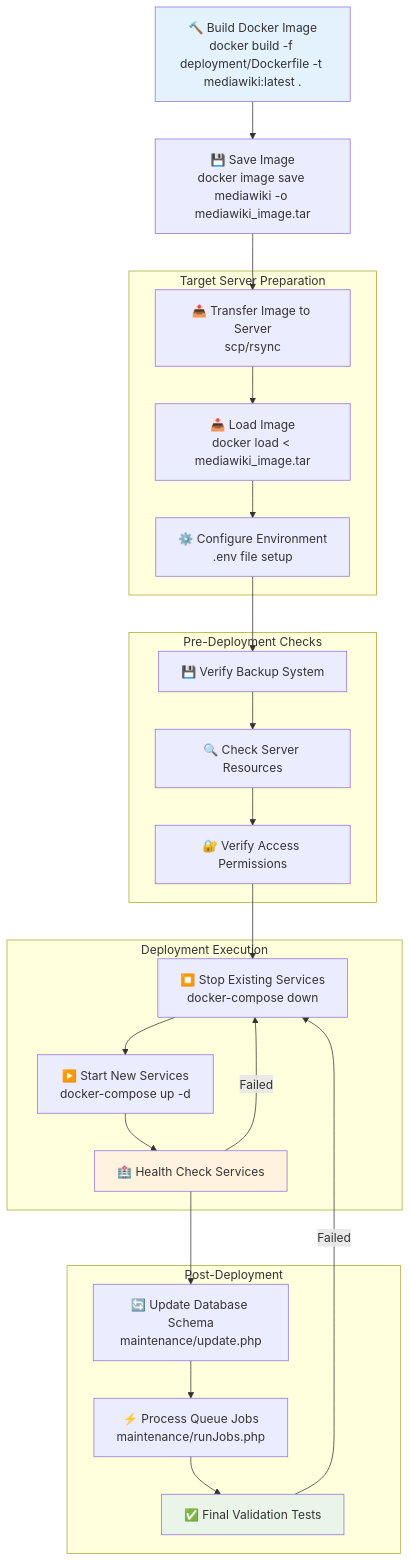
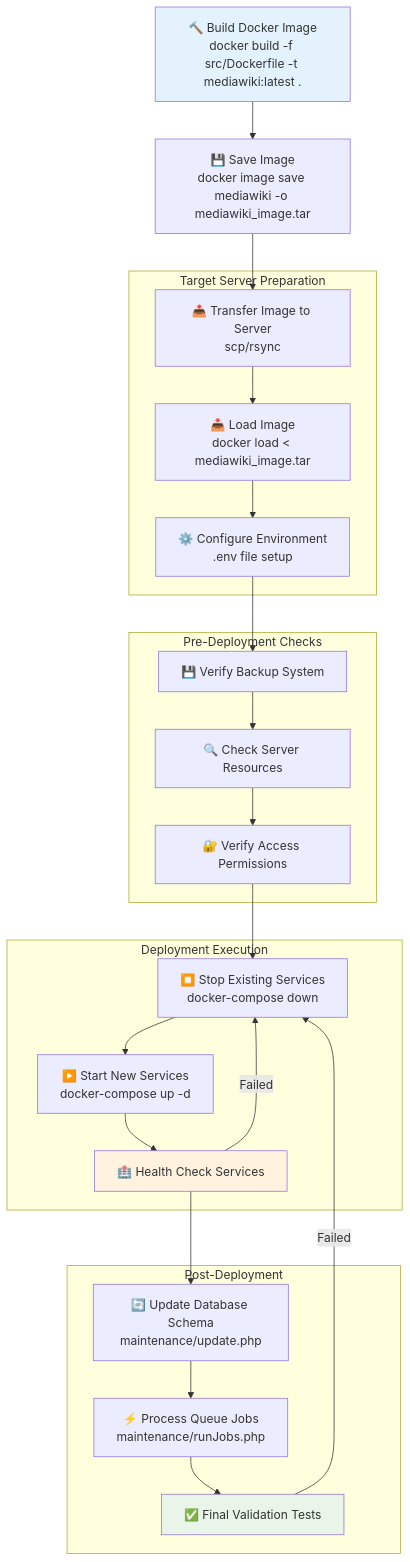
The fourth of 11 diagrams in src/DEPLOYMENT.qmd (maehr/Sexueller-Missbrauch-im-Umfeld-der-katholischen-Kirche-in-der-Schweiz), drawn with Mermaid before and after one commit. The commit also changed other lines of this file and 10 other files, not shown here.

Commit message:
docs: Add a detailed development timeline and refactor the evolution document to reference dedicated configuration and deployment files.

````diff
--- a/src/DEPLOYMENT.qmd
+++ b/src/DEPLOYMENT.qmd
@@ -181,53 +181,53 @@
 ```{mermaid}
 flowchart TD
-    PrepImage[🔨 Build Docker Image<br/>docker build -f deployment/Dockerfile -t mediawiki:latest .]
+    PrepImage[🔨 Build Docker Image<br/>docker build -f src/Dockerfile -t mediawiki:latest .]
     SaveImage[💾 Save Image<br/>docker image save mediawiki -o mediawiki_image.tar]
 
     subgraph "Target Server Preparation"
         TransferImage[📤 Transfer Image to Server<br/>scp/rsync]
         LoadImage[📥 Load Image<br/>docker load < mediawiki_image.tar]
         EnvConfig[⚙️ Configure Environment<br/>.env file setup]
     end
 
     subgraph "Pre-Deployment Checks"
         BackupCheck[💾 Verify Backup System]
         ResourceCheck[🔍 Check Server Resources]
         AccessCheck[🔐 Verify Access Permissions]
     end
 
     subgraph "Deployment Execution"
         StopServices[⏹️ Stop Existing Services<br/>docker-compose down]
         StartServices[▶️ Start New Services<br/>docker-compose up -d]
         HealthCheck[🏥 Health Check Services]
     end
 
     subgraph "Post-Deployment"
         SchemaUpdate[🔄 Update Database Schema<br/>maintenance/update.php]
         QueueJobs[⚡ Process Queue Jobs<br/>maintenance/runJobs.php]
         FinalTest[✅ Final Validation Tests]
     end
 
     PrepImage --> SaveImage
     SaveImage --> TransferImage
     TransferImage --> LoadImage
     LoadImage --> EnvConfig
 
     EnvConfig --> BackupCheck
     BackupCheck --> ResourceCheck
     ResourceCheck --> AccessCheck
 
     AccessCheck --> StopServices
     StopServices --> StartServices
     StartServices --> HealthCheck
 
     HealthCheck --> SchemaUpdate
     SchemaUpdate --> QueueJobs
     QueueJobs --> FinalTest
 
     HealthCheck --> |Failed| StopServices
     FinalTest --> |Failed| StopServices
 
     style PrepImage fill:#e3f2fd
     style HealthCheck fill:#fff3e0
     style FinalTest fill:#e8f5e8
 ```
````
